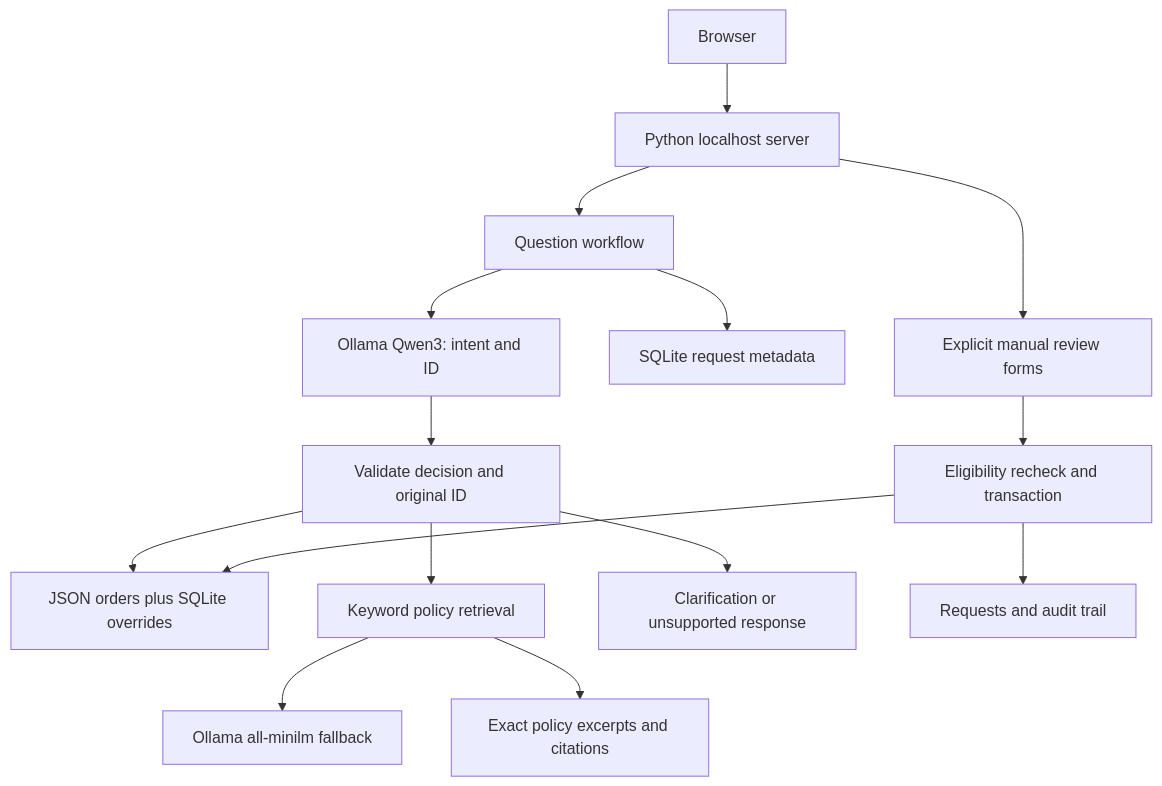
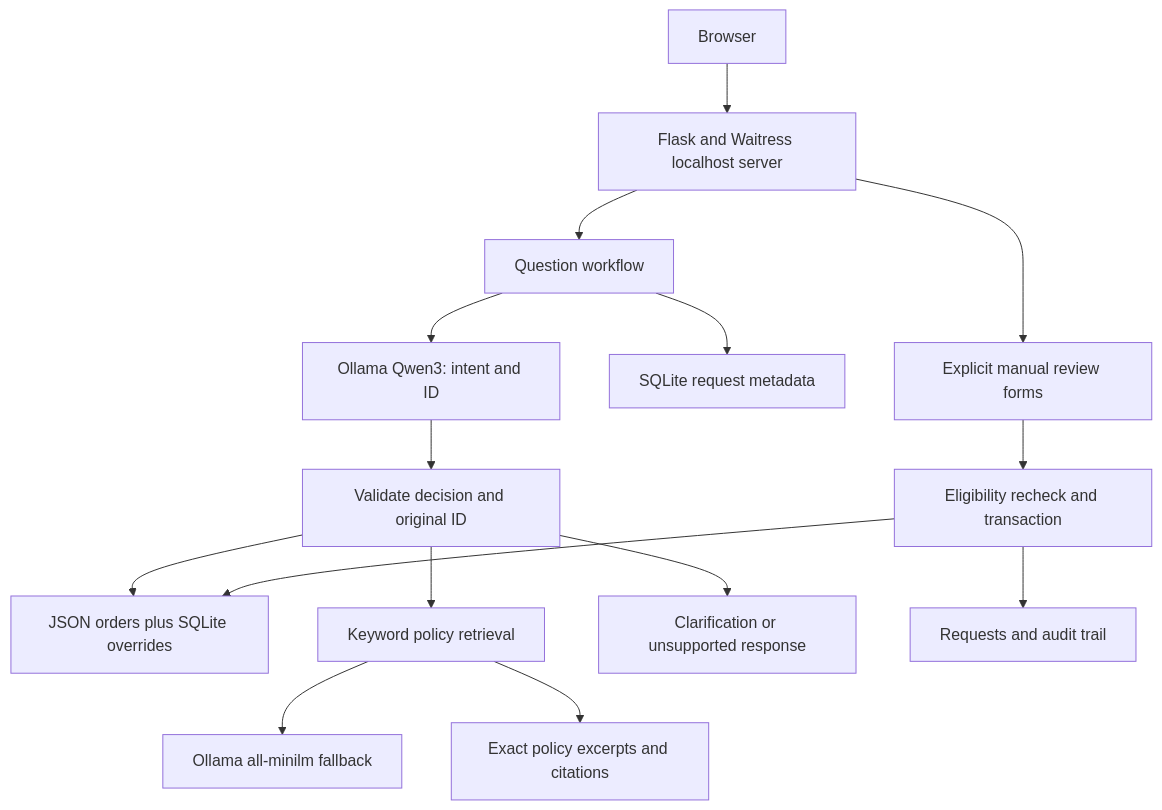
Before and after one commit to rmudadla629/resolveai: the diagram in ARCHITECTURE.md, drawn with Mermaid. The commit also changed other lines of this file and 11 other files, not shown here.

Commit message:
Migrate to Flask and Waitress with configurable startup

````diff
--- a/ARCHITECTURE.md
+++ b/ARCHITECTURE.md
@@ -5,17 +5,17 @@
 ```mermaid
 flowchart TD
-    Browser --> HTTP[Python localhost server]
+    Browser --> HTTP[Flask and Waitress localhost server]
     HTTP --> Ask[Question workflow]
     Ask --> Router[Ollama Qwen3: intent and ID]
     Router --> Validation[Validate decision and original ID]
     Validation --> Orders[JSON orders plus SQLite overrides]
     Validation --> Policies[Keyword policy retrieval]
     Policies --> Semantic[Ollama all-minilm fallback]
     Policies --> Excerpts[Exact policy excerpts and citations]
     Validation --> Decline[Clarification or unsupported response]
     Ask --> Traces[SQLite request metadata]
     HTTP --> Review[Explicit manual review forms]
     Review --> Transaction[Eligibility recheck and transaction]
     Transaction --> Orders
     Transaction --> Audit[Requests and audit trail]
 ```
````
